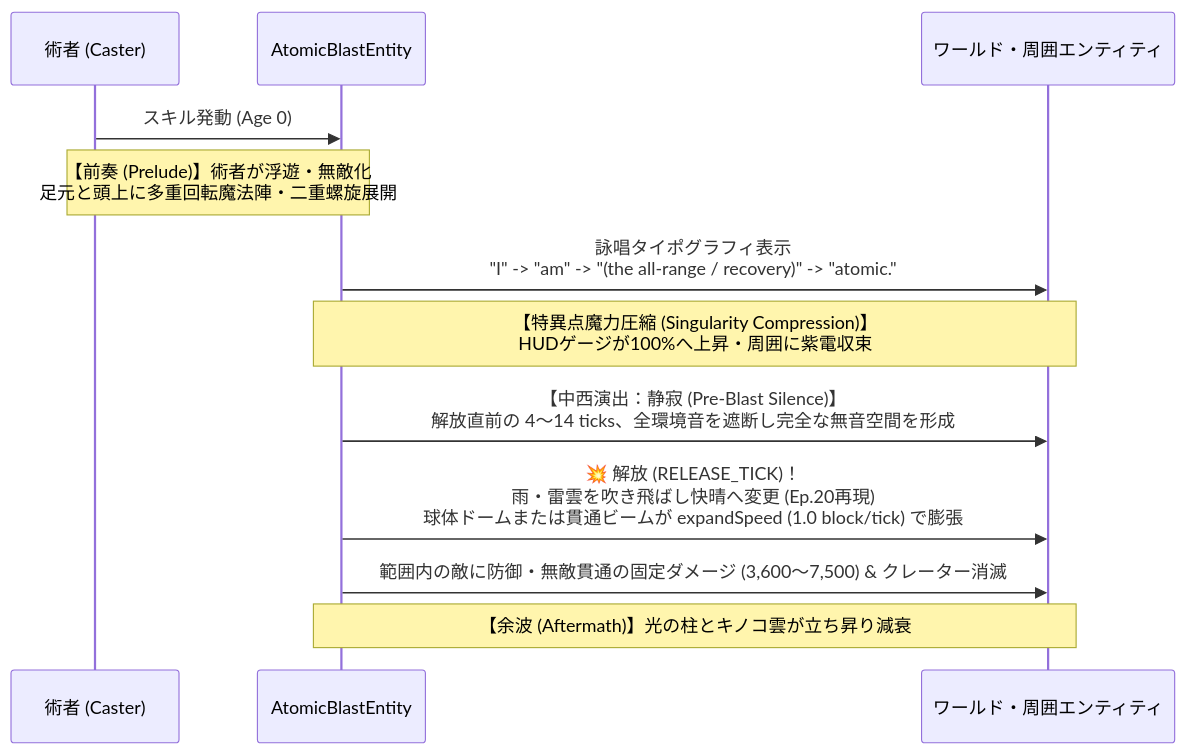
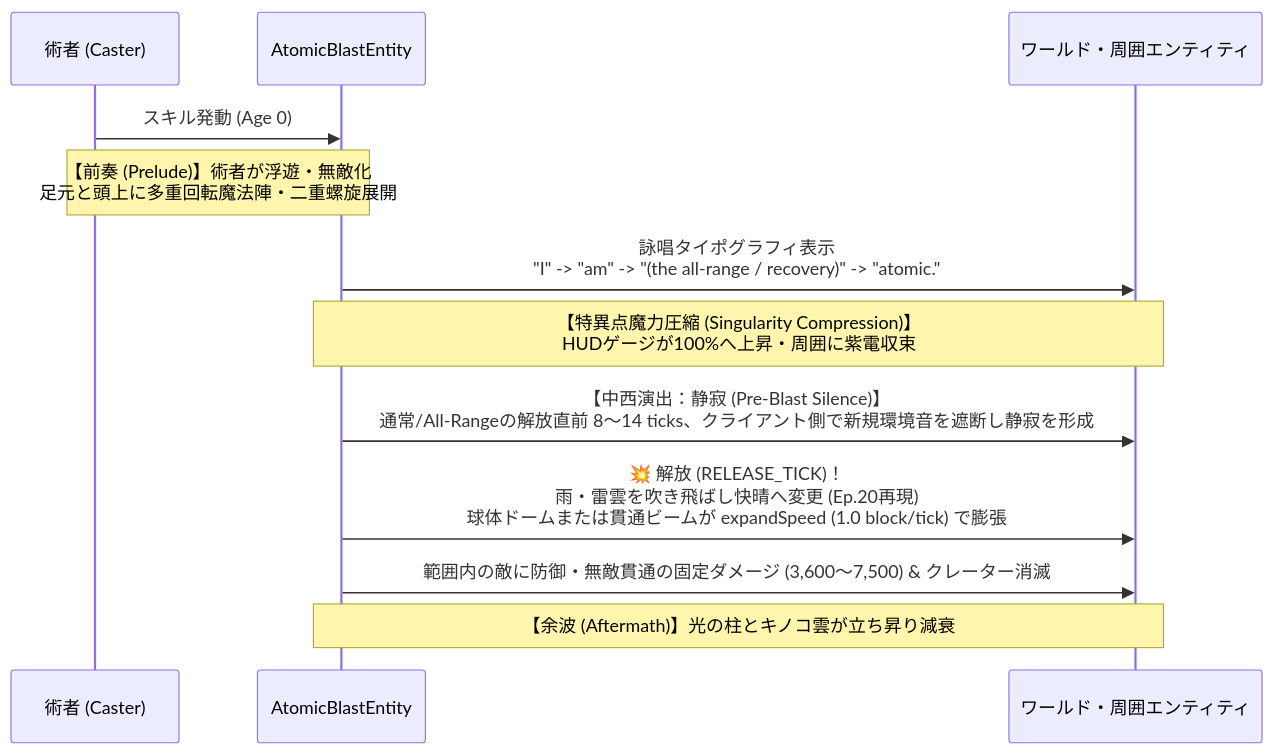
One commit to Khang202531/The-Eminence-in-Shadow-Shadow-Garden-Atomic changed the second of 3 diagrams in WIKI_SPECIFICATION.md. Above: the diagram before and after it, drawn with Mermaid. The commit also changed other lines of this file and 13 other files, not shown here.

````diff
--- a/WIKI_SPECIFICATION.md
+++ b/WIKI_SPECIFICATION.md
@@ -250,15 +252,15 @@
 ```mermaid
 sequenceDiagram
     participant C as 術者 (Caster)
     participant E as AtomicBlastEntity
     participant W as ワールド・周囲エンティティ
 
     C->>E: スキル発動 (Age 0)
     Note over C,E: 【前奏 (Prelude)】術者が浮遊・無敵化<br/>足元と頭上に多重回転魔法陣・二重螺旋展開
     E->>W: 詠唱タイポグラフィ表示<br/>"I" -> "am" -> "(the all-range / recovery)" -> "atomic."
     Note over E,W: 【特異点魔力圧縮 (Singularity Compression)】<br/>HUDゲージが100%へ上昇・周囲に紫電収束
-    E->>W: 【中西演出：静寂 (Pre-Blast Silence)】<br/>解放直前の 4〜14 ticks、全環境音を遮断し完全な無音空間を形成
+    E->>W: 【中西演出：静寂 (Pre-Blast Silence)】<br/>通常/All-Rangeの解放直前 8〜14 ticks、クライアント側で新規環境音を遮断し静寂を形成
     E->>W: 💥 解放 (RELEASE_TICK)！<br/>雨・雷雲を吹き飛ばし快晴へ変更 (Ep.20再現)<br/>球体ドームまたは貫通ビームが expandSpeed (1.0 block/tick) で膨張
     E->>W: 範囲内の敵に防御・無敵貫通の固定ダメージ (3,600〜7,500) & クレーター消滅
     Note over E,W: 【余波 (Aftermath)】光の柱とキノコ雲が立ち昇り減衰
 ```
````
